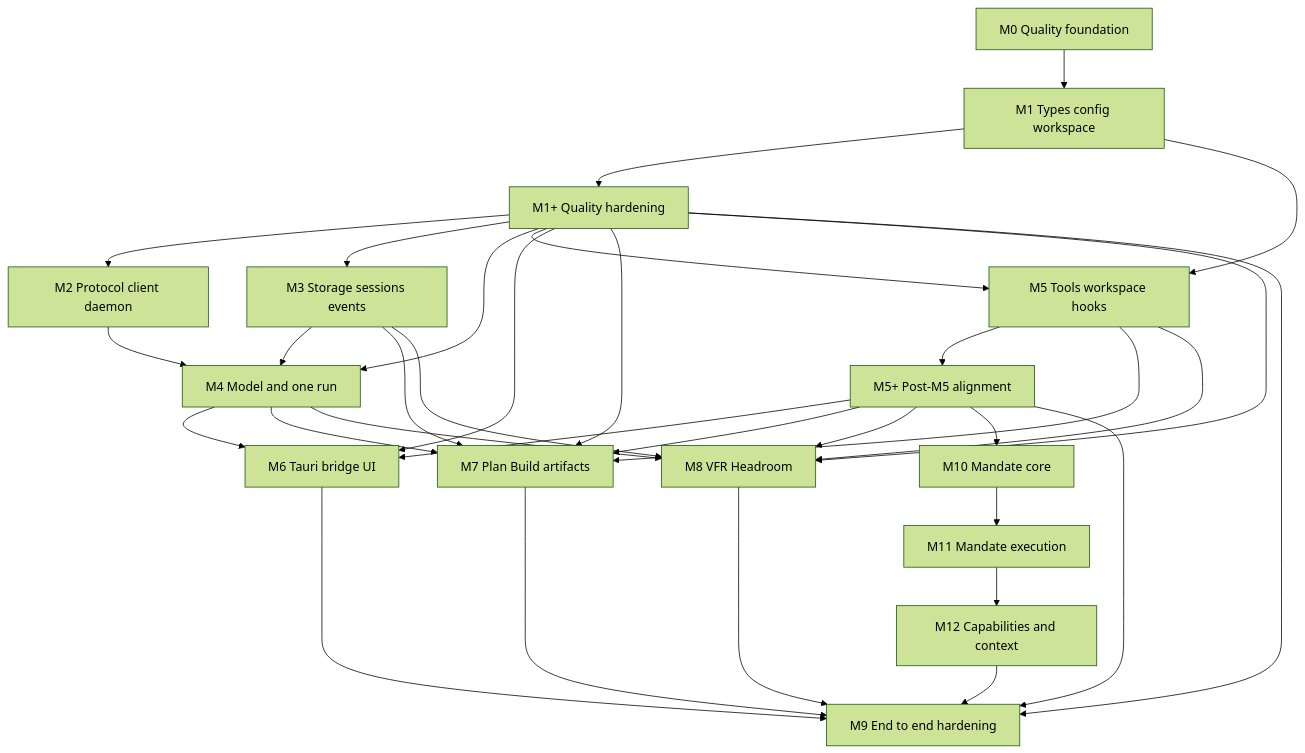
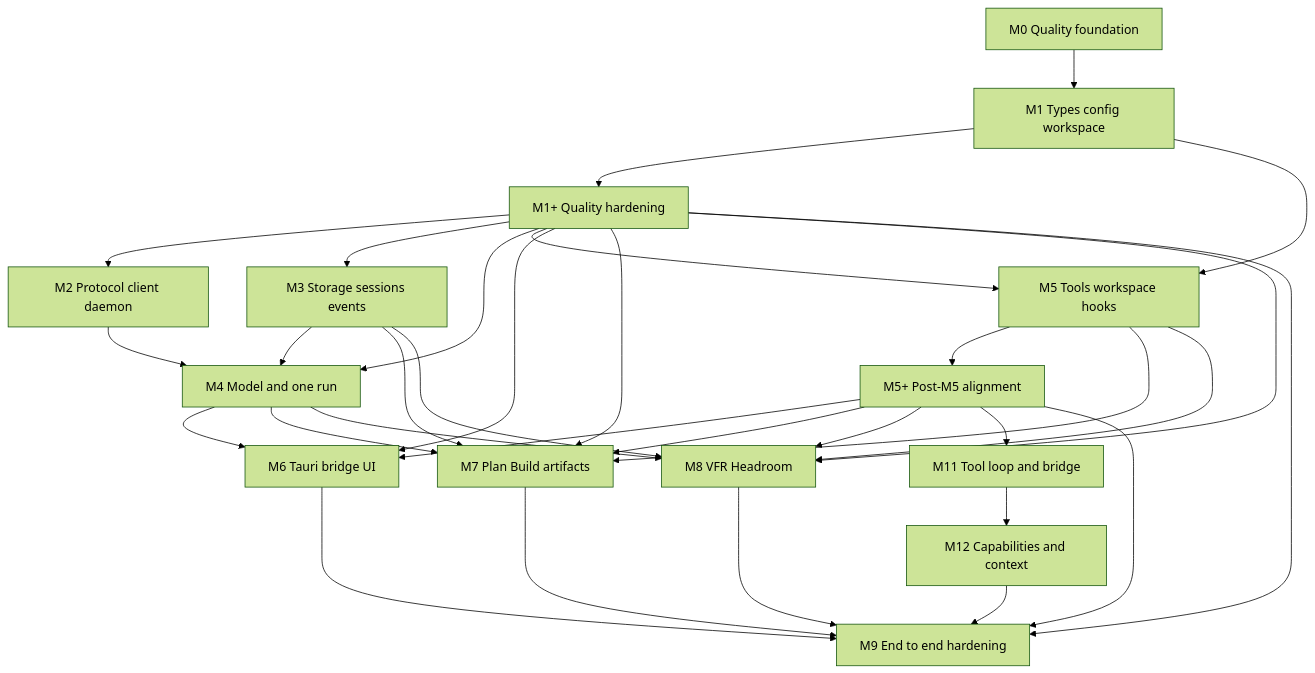
One commit to y0tsy/intention-relay changed the first of 2 diagrams in docs/intention-relay/architecture/11-implementation-roadmap.md. Above: the diagram before and after it, drawn with Mermaid (forest theme). The commit also changed other lines of this file and 71 other files, not shown here.

First line of the commit message:
docs(intention-relay): remove the Mandate core from the corpus

````diff
--- a/docs/intention-relay/architecture/11-implementation-roadmap.md
+++ b/docs/intention-relay/architecture/11-implementation-roadmap.md
@@ -20,35 +20,34 @@
 ```mermaid
 flowchart TD
   Q[M0 Quality foundation] --> A[M1 Types config workspace]
   A --> P[M1+ Quality hardening]
   P --> B[M2 Protocol client daemon]
   P --> C[M3 Storage sessions events]
   P --> D[M4 Model and one run]
   P --> E[M5 Tools workspace hooks]
   E --> K[M5+ Post-M5 alignment]
   K --> F[M6 Tauri bridge UI]
   K --> G[M7 Plan Build artifacts]
   K --> H[M8 VFR Headroom]
-  K --> J[M10 Mandate core]
-  J --> M[M11 Mandate execution]
+  K --> M[M11 Tool loop and bridge]
   M --> N[M12 Capabilities and context]
   K --> I[M9 End to end hardening]
   P --> F[M6 Tauri bridge UI]
   P --> G[M7 Plan Build artifacts]
   P --> H[M8 VFR Headroom]
   P --> I[M9 End to end hardening]
   B --> D
   C --> D
   A --> E
   D --> F
   E --> G
   C --> G
   D --> G
   E --> H
   C --> H
   D --> H
   F --> I
   G --> I
   H --> I
   N --> I
 ```
````
